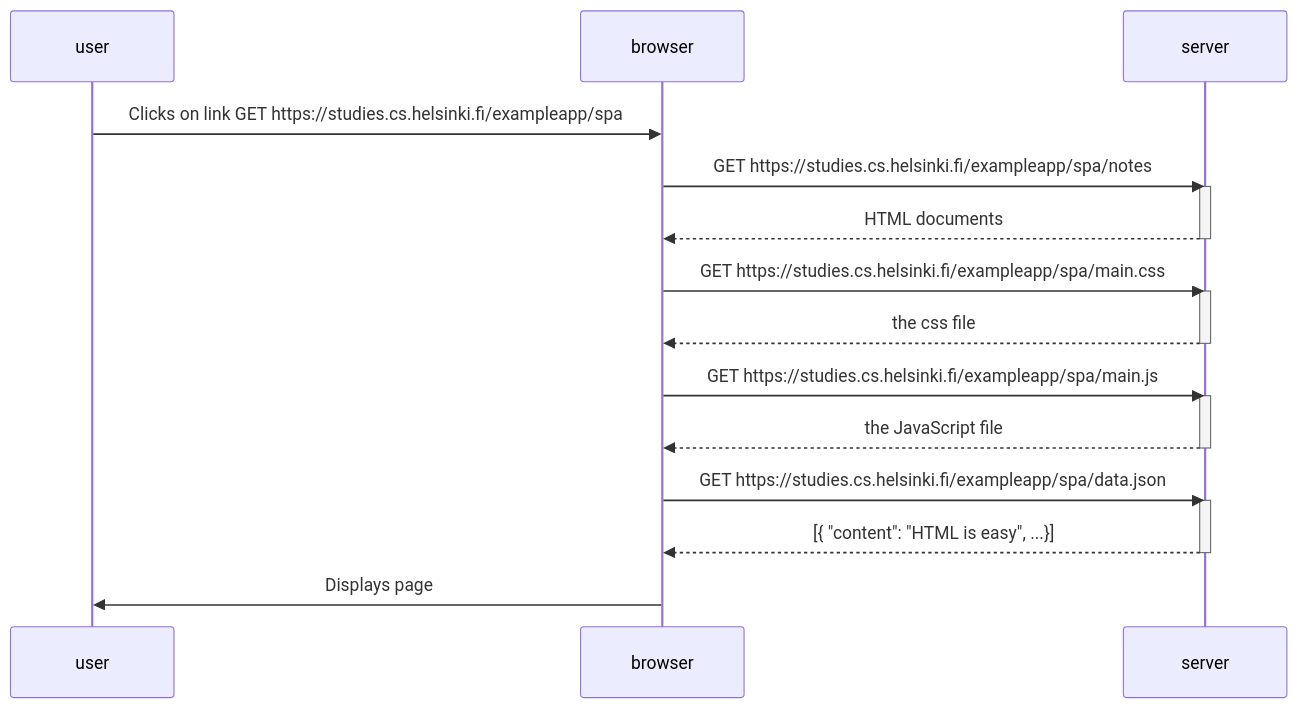
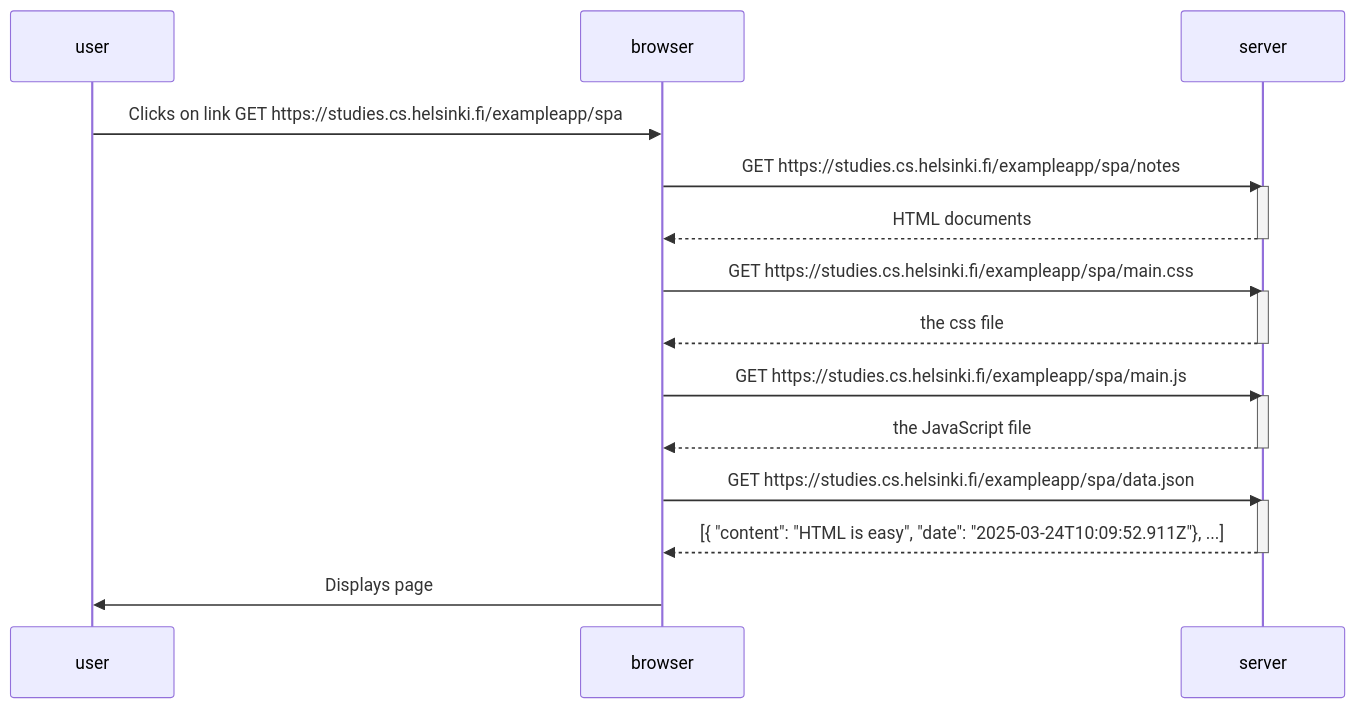
The diagram in part0 (0.4-0.6)/0.5.md (Kskx2203/fullStackOpen), drawn with Mermaid before and after one commit. The commit also changed 2 other files, not shown here.

Commit message:
Updated 0.4.md, 0.5.md, 0.6.md

````diff
--- a/part0 (0.4-0.6)/0.5.md
+++ b/part0 (0.4-0.6)/0.5.md
@@ -1,32 +1,32 @@
 ```mermaid
 sequenceDiagram
     participant user
     participant browser
     participant server
 
     %% User clicks on the link
     user->>browser: Clicks on link GET https://studies.cs.helsinki.fi/exampleapp/spa
 
     %% Browser renders page
     browser->>server: GET https://studies.cs.helsinki.fi/exampleapp/spa/notes
     activate server
     server-->>browser: HTML documents
     deactivate server
 
     browser->>server: GET https://studies.cs.helsinki.fi/exampleapp/spa/main.css
     activate server
     server-->>browser: the css file
     deactivate server
 
     browser->>server: GET https://studies.cs.helsinki.fi/exampleapp/spa/main.js
     activate server
     server-->>browser: the JavaScript file
     deactivate server
 
     browser->>server: GET https://studies.cs.helsinki.fi/exampleapp/spa/data.json
     activate server
-    server-->>browser: [{ "content": "HTML is easy", ...}]
+    server-->>browser: [{ "content": "HTML is easy", "date": "2025-03-24T10:09:52.911Z"}, ...]
     deactivate server
 
     browser->>user: Displays page
 ```
````
